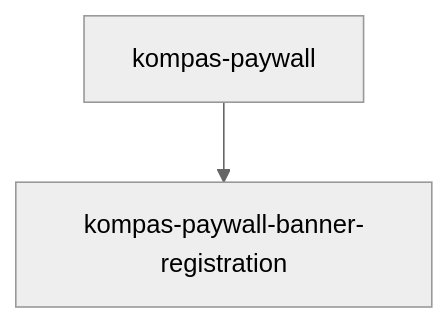
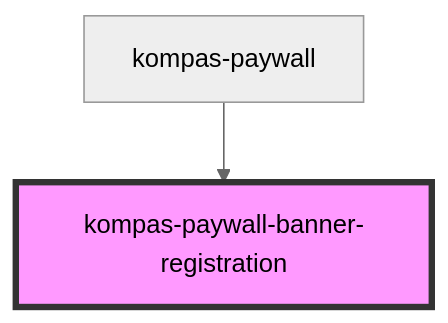
The diagram in src/components/kompas-paywall-banner-registration/readme.md (pt-kompas-media-nusantara/kompas-web-components), drawn with Mermaid (neutral theme) before and after one commit. The commit also changed other lines of this file and 14 other files, not shown here.

````diff
--- a/src/components/kompas-paywall-banner-registration/readme.md
+++ b/src/components/kompas-paywall-banner-registration/readme.md
@@ -9,4 +22,5 @@
 ```mermaid
 graph TD;
   kompas-paywall --> kompas-paywall-banner-registration
+  style kompas-paywall-banner-registration fill:#f9f,stroke:#333,stroke-width:4px
 ```
````
